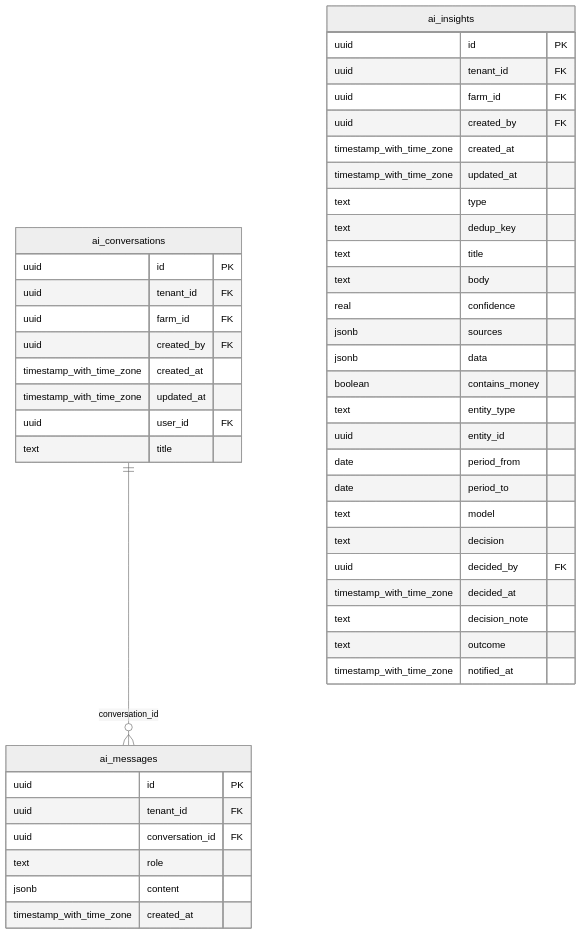
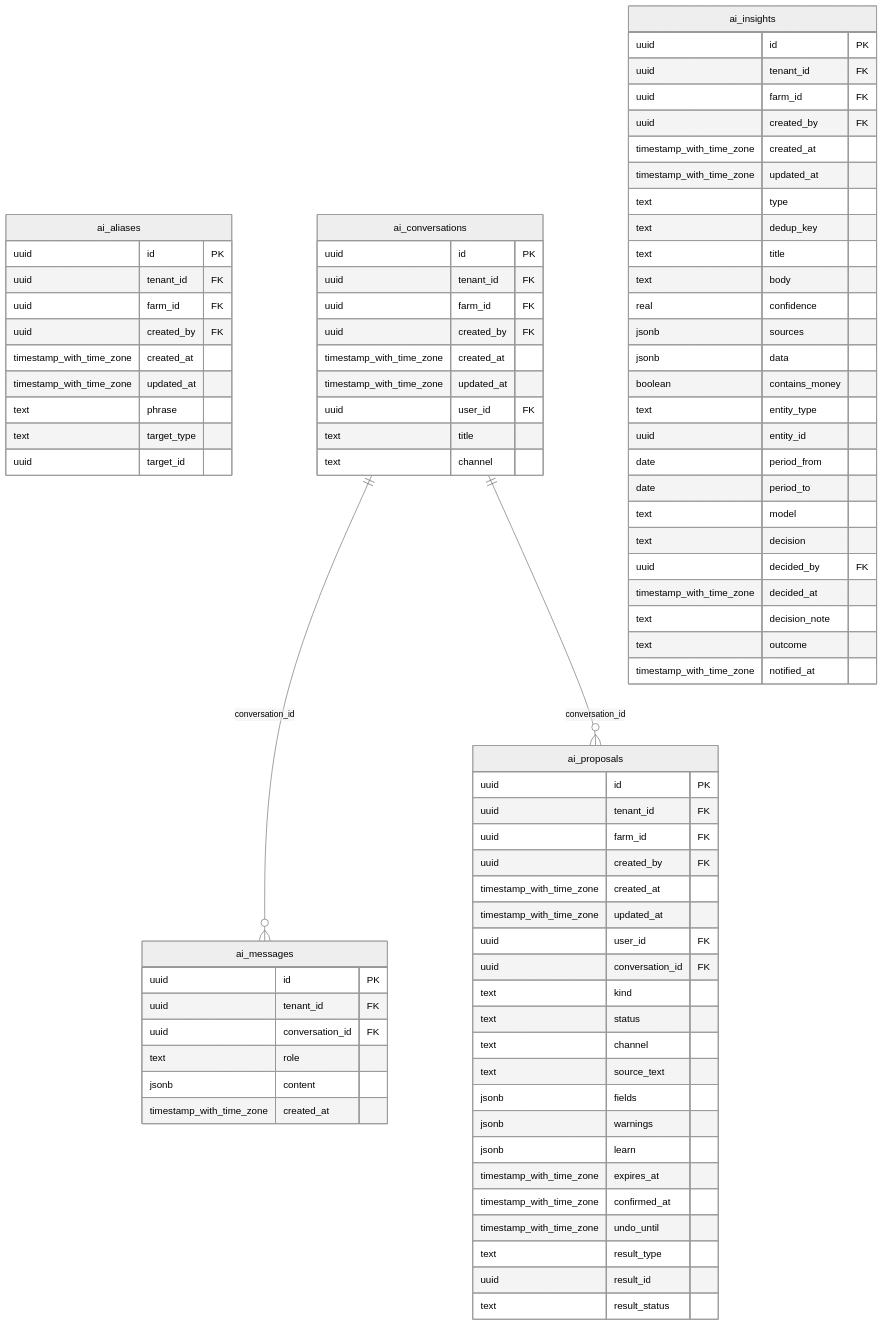
Diagram 12 of 13 in docs/erd.md (khurshidnm/yuksalish-agro), drawn with Mermaid (neutral theme) before and after one commit. The commit also changed other lines of this file and 374 other files, not shown here.

````diff
--- a/docs/erd.md
+++ b/docs/erd.md
@@ -1645,5 +1669,16 @@
 ```mermaid
 erDiagram
+  ai_aliases {
+    uuid id PK
+    uuid tenant_id FK
+    uuid farm_id FK
+    uuid created_by FK
+    timestamp_with_time_zone created_at
+    timestamp_with_time_zone updated_at
+    text phrase
+    text target_type
+    uuid target_id
+  }
   ai_conversations {
     uuid id PK
     uuid tenant_id FK
@@ -1653,6 +1688,7 @@
     timestamp_with_time_zone updated_at
     uuid user_id FK
     text title
+    text channel
   }
   ai_insights {
     uuid id PK
@@ -1689,5 +1725,29 @@
     jsonb content
     timestamp_with_time_zone created_at
   }
+  ai_proposals {
+    uuid id PK
+    uuid tenant_id FK
+    uuid farm_id FK
+    uuid created_by FK
+    timestamp_with_time_zone created_at
+    timestamp_with_time_zone updated_at
+    uuid user_id FK
+    uuid conversation_id FK
+    text kind
+    text status
+    text channel
+    text source_text
+    jsonb fields
+    jsonb warnings
+    jsonb learn
+    timestamp_with_time_zone expires_at
+    timestamp_with_time_zone confirmed_at
+    timestamp_with_time_zone undo_until
+    text result_type
+    uuid result_id
+    text result_status
+  }
   ai_conversations ||--o{ ai_messages : "conversation_id"
+  ai_conversations ||--o{ ai_proposals : "conversation_id"
 ```
````
